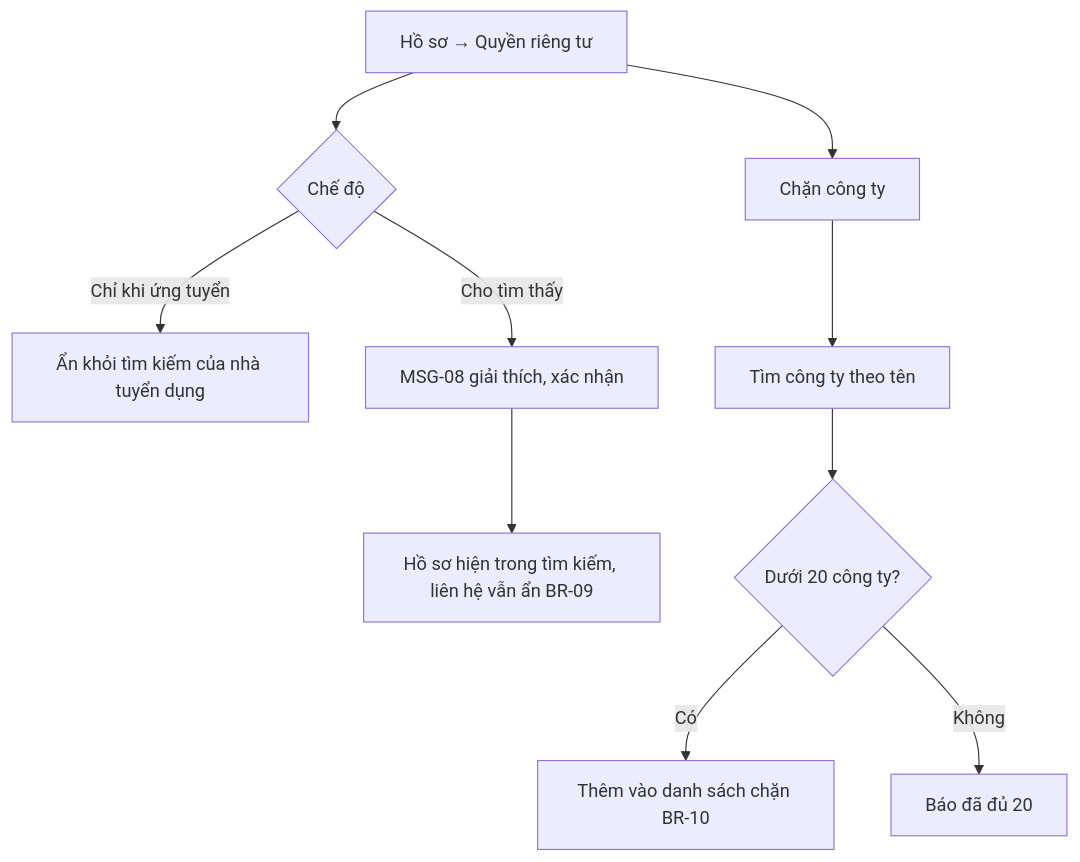
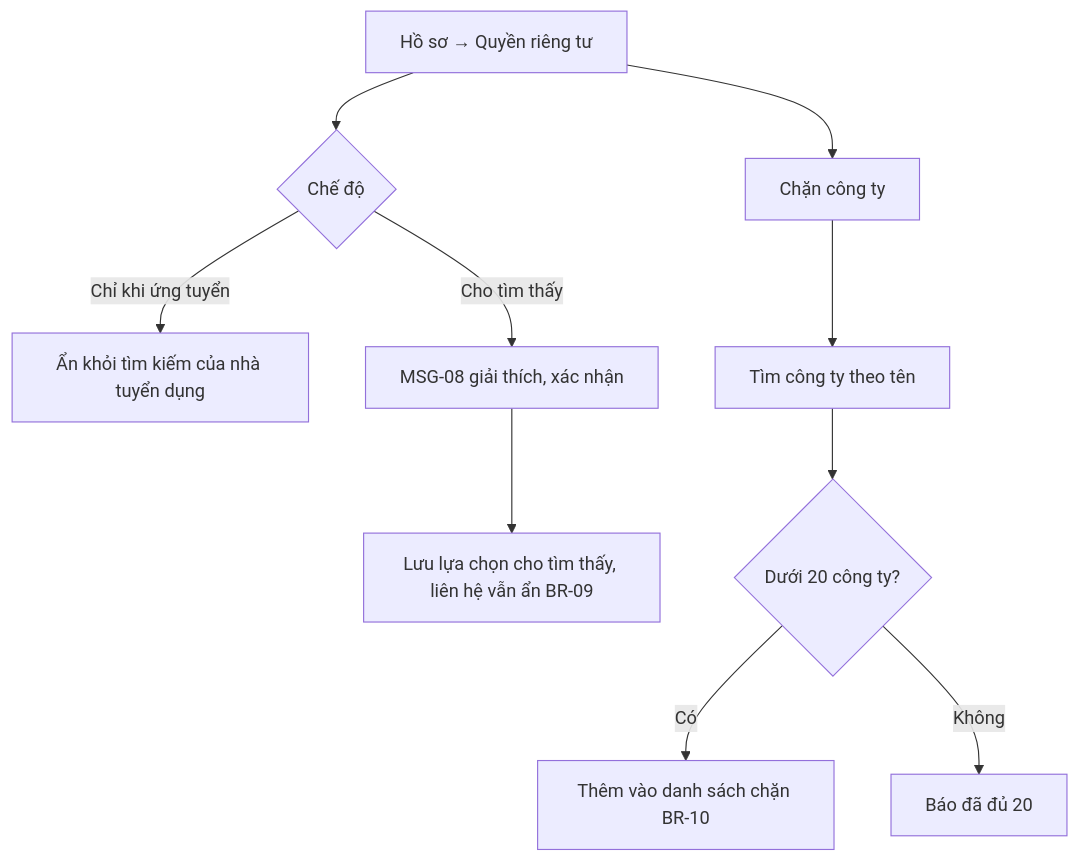
One commit to uxfoundation-vn/de05-app-tim-viec changed the fifth of 6 diagrams in docs/TN01-ho-so-cv/SRS.md. Above: the diagram before and after it, drawn with Mermaid. The commit also changed other lines of this file and 8 other files, not shown here.

````diff
--- a/docs/TN01-ho-so-cv/SRS.md
+++ b/docs/TN01-ho-so-cv/SRS.md
@@ -232,12 +232,12 @@
 ```mermaid
 flowchart TD
   A["Hồ sơ → Quyền riêng tư"] --> B{"Chế độ"}
   B -->|Chỉ khi ứng tuyển| C["Ẩn khỏi tìm kiếm của nhà tuyển dụng"]
   B -->|Cho tìm thấy| D["MSG-08 giải thích, xác nhận"]
-  D --> E["Hồ sơ hiện trong tìm kiếm, liên hệ vẫn ẩn BR-09"]
+  D --> E["Lưu lựa chọn cho tìm thấy, liên hệ vẫn ẩn BR-09"]
   A --> F["Chặn công ty"]
   F --> G["Tìm công ty theo tên"]
   G --> H{"Dưới 20 công ty?"}
   H -->|Có| I["Thêm vào danh sách chặn BR-10"]
   H -->|Không| J["Báo đã đủ 20"]
 ```
````
